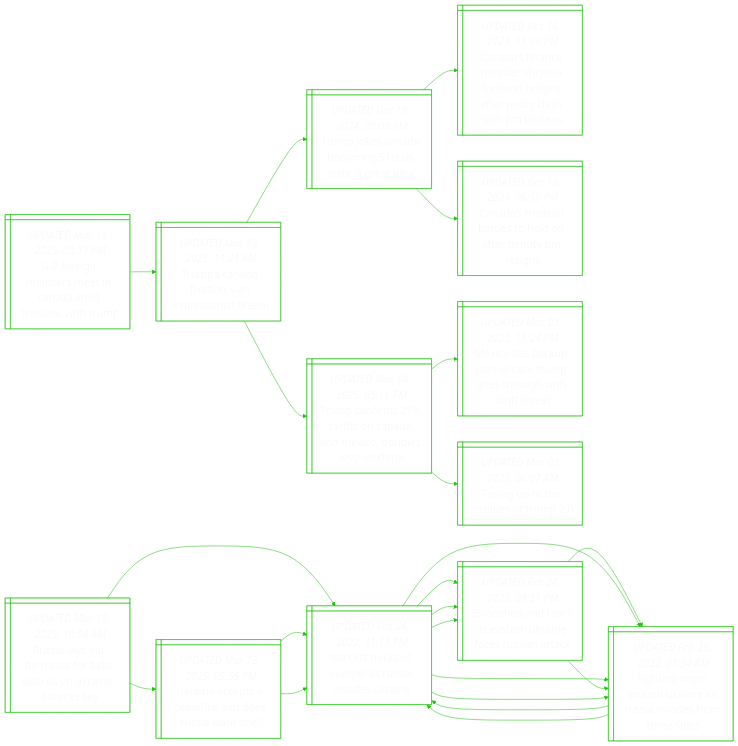
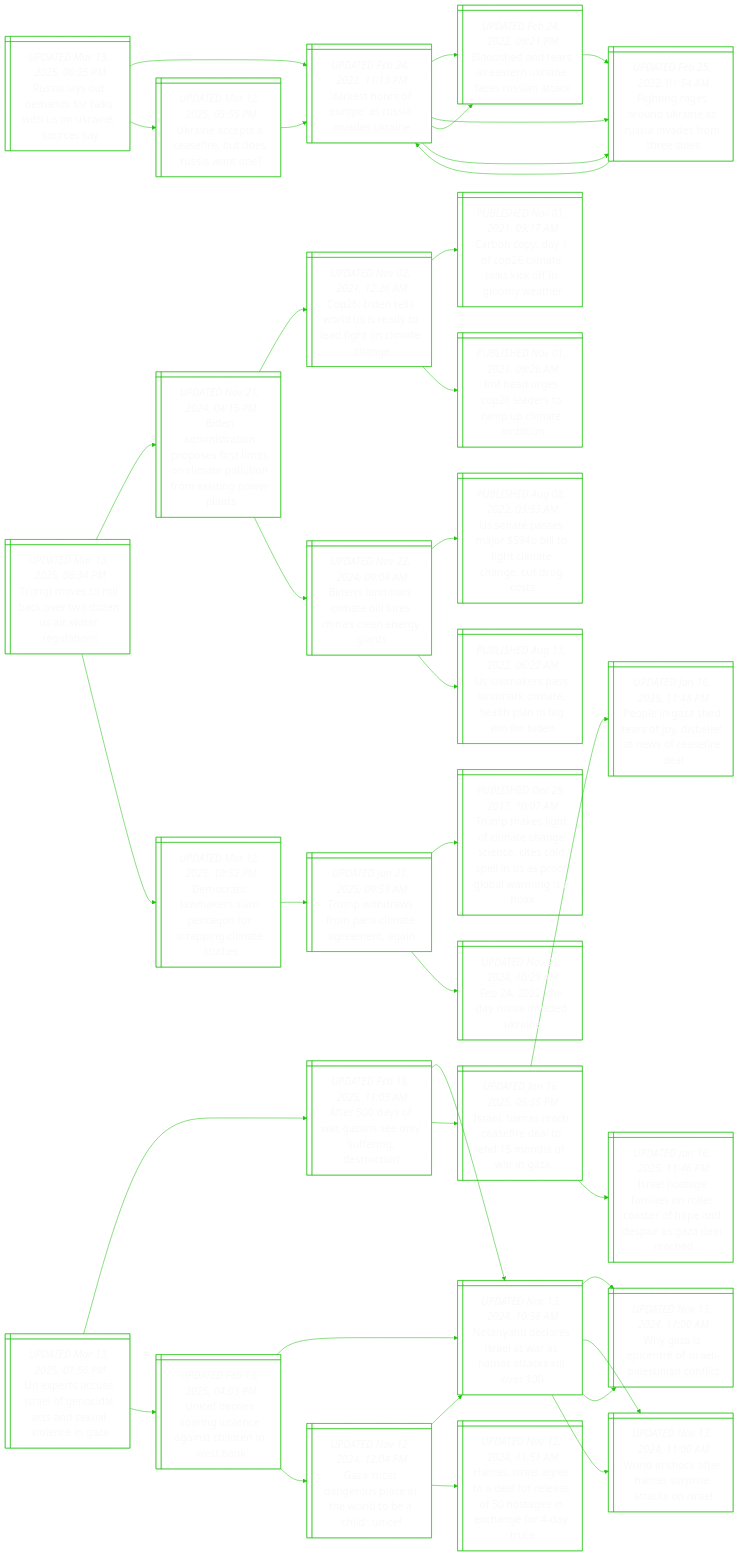
One commit to notJmes/notJmes changed the diagram in README.md. Above: the diagram before and after it, drawn with Mermaid. The commit also changed other lines of this file, not shown here.

````diff
--- a/README.md
+++ b/README.md
@@ -16,32 +16,7 @@
 flowchart LR
 classDef txtsize font-size:20px;
 
-GinrtnmnsT@{ shape: win-pane, label: "_UPDATED Mar 13, 2025, 03:37 PM_
-G-7 foreign ministers meet in canada amid tensions with trump" }
-Tsdaaanr@{ shape: win-pane, label: "_UPDATED Mar 13, 2025, 11:21 AM_
-Trump’s canada fixation – an expansionist dream" }
-TjCamtard@{ shape: win-pane, label: "_UPDATED Dec 19, 2024, 05:00 PM_
-Trump jokes canada becoming 51st us state ‘a great idea’" }
-CaaieyFasapyhPd@{ shape: win-pane, label: "_UPDATED Dec 16, 2024, 11:36 PM_
-Canada’s finance minister chrystia freeland resigns after policy clash with pm trudeau" }
-CadaslfePi@{ shape: win-pane, label: "_UPDATED Dec 18, 2024, 06:58 PM_
-Canada’s trudeau battles to hold on after deputy pm resigns" }
-TcrroadcbeC@{ shape: win-pane, label: "_UPDATED Mar 04, 2025, 05:11 PM_
-Trump confirms 25% tariffs on canada and mexico, doubles levy on china" }
-MoapnTghhtfa@{ shape: win-pane, label: "_UPDATED Mar 03, 2025, 11:24 PM_
-Mexico has backup plan in case trump goes through with tariff threat" }
-Fgtaer@{ shape: win-pane, label: "_UPDATED Mar 03, 2025, 06:07 AM_
-Facing up to the realities of trump 2.0" }
-
-GinrtnmnsT:::txtsize --> Tsdaaanr:::txtsize
-Tsdaaanr:::txtsize --> TjCamtard:::txtsize
-TjCamtard:::txtsize --> CaaieyFasapyhPd:::txtsize
-TjCamtard:::txtsize --> CadaslfePi:::txtsize
-Tsdaaanr:::txtsize --> TcrroadcbeC:::txtsize
-TcrroadcbeC:::txtsize --> MoapnTghhtfa:::txtsize
-TcrroadcbeC:::txtsize --> Fgtaer:::txtsize
-
-Raomfltnius@{ shape: win-pane, label: "_UPDATED Mar 13, 2025, 10:04 AM_
+Raomfltnius@{ shape: win-pane, label: "_UPDATED Mar 13, 2025, 06:25 PM_
 Russia lays out demands for talks with us on ukraine, sources say" }
 DsruasvUn@{ shape: win-pane, label: "_UPDATED Feb 24, 2022, 11:13 PM_
 'darkest hours of europe' as russia invades ukraine" }
@@ -72,23 +47,87 @@
 DsruasvUn:::txtsize --> Bsnranicsak:::txtsize
 DsruasvUn:::txtsize --> Figokesnsts:::txtsize
 
-Unecfusit@{ shape: win-pane, label: "_UPDATED Mar 12, 2025, 05:55 PM_
-Ukraine accepts a ceasefire, but does russia want one?" }
-DsruasvUn@{ shape: win-pane, label: "_UPDATED Feb 24, 2022, 11:13 PM_
-'darkest hours of europe' as russia invades ukraine" }
-Bsnranicsak@{ shape: win-pane, label: "_UPDATED Feb 24, 2022, 09:21 PM_
-Bloodshed and tears as eastern ukraine faces russian attack" }
-Figokesnsts@{ shape: win-pane, label: "_UPDATED Feb 25, 2022, 01:54 AM_
-Fighting rages around ukraine as russia invades from three sides" }
-Figokesnsts@{ shape: win-pane, label: "_UPDATED Feb 25, 2022, 01:54 AM_
-Fighting rages around ukraine as russia invades from three sides" }
-DsruasvUn@{ shape: win-pane, label: "_UPDATED Feb 24, 2022, 11:13 PM_
-'darkest hours of europe' as russia invades ukraine" }
+UecIlnasevnG@{ shape: win-pane, label: "_UPDATED Mar 13, 2025, 07:56 PM_
+Un experts accuse israel of genocidal acts and sexual violence in gaza" }
+Adfaslfgro@{ shape: win-pane, label: "_UPDATED Feb 18, 2025, 11:05 AM_
+After 500 days of war, gazans see only ‘suffering, destruction’" }
+NyeeawHakl@{ shape: win-pane, label: "_UPDATED Nov 13, 2024, 10:58 AM_
+Netanyahu declares israel at war as hamas attacks kill over 100" }
+WzptIleint@{ shape: win-pane, label: "_UPDATED Nov 13, 2024, 11:00 AM_
+Why gaza is epicentre of israeli-palestinian conflict" }
+Wiceapaks@{ shape: win-pane, label: "_UPDATED Nov 13, 2024, 11:00 AM_
+World in shock after hamas surprise attacks on israel" }
+Ilshedoooia@{ shape: win-pane, label: "_UPDATED Jan 16, 2025, 05:35 PM_
+Israel, hamas reach ceasefire deal to end 15 months of war in gaza" }
+Pezdsyeasarl@{ shape: win-pane, label: "_UPDATED Jan 16, 2025, 11:48 PM_
+People in gaza shed tears of joy, disbelief at news of ceasefire deal" }
+Ilamslorpdiaac@{ shape: win-pane, label: "_UPDATED Jan 16, 2025, 11:46 PM_
+Israel hostage families on roller coaster of hope and despair as gaza deal reached" }
+UfiavnacrWa@{ shape: win-pane, label: "_UPDATED Feb 13, 2025, 04:03 PM_
+Unicef decries soaring violence against children in west bank" }
+NyeeawHakl@{ shape: win-pane, label: "_UPDATED Nov 13, 2024, 10:58 AM_
+Netanyahu declares israel at war as hamas attacks kill over 100" }
+WzptIleint@{ shape: win-pane, label: "_UPDATED Nov 13, 2024, 11:00 AM_
+Why gaza is epicentre of israeli-palestinian conflict" }
+Wiceapaks@{ shape: win-pane, label: "_UPDATED Nov 13, 2024, 11:00 AM_
+World in shock after hamas surprise attacks on israel" }
+Gonuchlelc@{ shape: win-pane, label: "_UPDATED Nov 12, 2024, 12:04 PM_
+Gaza ‘most dangerous place in the world to be a child’: unicef" }
+NyeeawHakl@{ shape: win-pane, label: "_UPDATED Nov 13, 2024, 10:58 AM_
+Netanyahu declares israel at war as hamas attacks kill over 100" }
+HIleerahgenrr@{ shape: win-pane, label: "_UPDATED Nov 12, 2024, 11:51 AM_
+Hamas, israel agree to a deal for release of 50 hostages in exchange for 4-day truce" }
 
-Unecfusit:::txtsize --> DsruasvUn:::txtsize
-DsruasvUn:::txtsize --> Bsnranicsak:::txtsize
-Bsnranicsak:::txtsize --> Figokesnsts:::txtsize
-DsruasvUn:::txtsize --> Figokesnsts:::txtsize
-Figokesnsts:::txtsize --> DsruasvUn:::txtsize
+UecIlnasevnG:::txtsize --> Adfaslfgro:::txtsize
+Adfaslfgro:::txtsize --> NyeeawHakl:::txtsize
+NyeeawHakl:::txtsize --> WzptIleint:::txtsize
+NyeeawHakl:::txtsize --> Wiceapaks:::txtsize
+Adfaslfgro:::txtsize --> Ilshedoooia:::txtsize
+Ilshedoooia:::txtsize --> Pezdsyeasarl:::txtsize
+Ilshedoooia:::txtsize --> Ilamslorpdiaac:::txtsize
+UecIlnasevnG:::txtsize --> UfiavnacrWa:::txtsize
+UfiavnacrWa:::txtsize --> NyeeawHakl:::txtsize
+NyeeawHakl:::txtsize --> WzptIleint:::txtsize
+NyeeawHakl:::txtsize --> Wiceapaks:::txtsize
+UfiavnacrWa:::txtsize --> Gonuchlelc:::txtsize
+Gonuchlelc:::txtsize --> NyeeawHakl:::txtsize
+Gonuchlelc:::txtsize --> HIleerahgenrr:::txtsize
+
+Tmtloweieuo@{ shape: win-pane, label: "_UPDATED Mar 13, 2025, 06:34 PM_
+Trump moves to roll back over two dozen us air, water regulations" }
+Baitresictlneiwa@{ shape: win-pane, label: "_UPDATED Nov 21, 2024, 04:15 PM_
+Biden administration proposes first limits on climate pollution from existing power plants" }
+Cdlridegctn@{ shape: win-pane, label: "_UPDATED Nov 02, 2021, 12:26 AM_
+Cop26: biden tells world us is ready to lead fight on climate change" }
+CnDCitkflwe@{ shape: win-pane, label: "_PUBLISHED Nov 01, 2021, 09:17 AM_
+Carbon copy: day 1 of cop26 climate talks kick off in gloomy weather" }
+Iaelracti@{ shape: win-pane, label: "_PUBLISHED Nov 01, 2021, 09:26 AM_
+Imf head urges cop26 leaders to ramp up climate ambition" }
+BsmlelCsngn@{ shape: win-pane, label: "_UPDATED Nov 22, 2024, 09:04 AM_
+Biden’s landmark climate bill lures china’s clean energy giants" }
+UasaBotaaugs@{ shape: win-pane, label: "_PUBLISHED Aug 08, 2022, 03:53 AM_
+Us senate passes major $594b bill to fight climate change, cut drug costs" }
+Umslaihhiwrn@{ shape: win-pane, label: "_PUBLISHED Aug 13, 2022, 06:22 AM_
+Us lawmakers pass landmark climate, health plan in big win for biden" }
+Drlklnnciise@{ shape: win-pane, label: "_UPDATED Mar 12, 2025, 10:52 PM_
+Democratic lawmakers slam pentagon for scrapping climate studies" }
+Twrrriamg@{ shape: win-pane, label: "_UPDATED Jan 21, 2025, 09:59 AM_
+Trump withdraws from paris climate agreement, again" }
+Tmlomhscedlaobria@{ shape: win-pane, label: "_PUBLISHED Dec 29, 2017, 10:07 AM_
+Trump makes light of climate change science, cites cold spell in us as proof global warming is a hoax" }
+Feuiea@{ shape: win-pane, label: "_UPDATED Nov 25, 2024, 10:29 AM_
+Feb 24, 2022: the day russia invaded ukraine" }
+
+Tmtloweieuo:::txtsize --> Baitresictlneiwa:::txtsize
+Baitresictlneiwa:::txtsize --> Cdlridegctn:::txtsize
+Cdlridegctn:::txtsize --> CnDCitkflwe:::txtsize
+Cdlridegctn:::txtsize --> Iaelracti:::txtsize
+Baitresictlneiwa:::txtsize --> BsmlelCsngn:::txtsize
+BsmlelCsngn:::txtsize --> UasaBotaaugs:::txtsize
+BsmlelCsngn:::txtsize --> Umslaihhiwrn:::txtsize
+Tmtloweieuo:::txtsize --> Drlklnnciise:::txtsize
+Drlklnnciise:::txtsize --> Twrrriamg:::txtsize
+Twrrriamg:::txtsize --> Tmlomhscedlaobria:::txtsize
+Twrrriamg:::txtsize --> Feuiea:::txtsize
 
 ```
````
